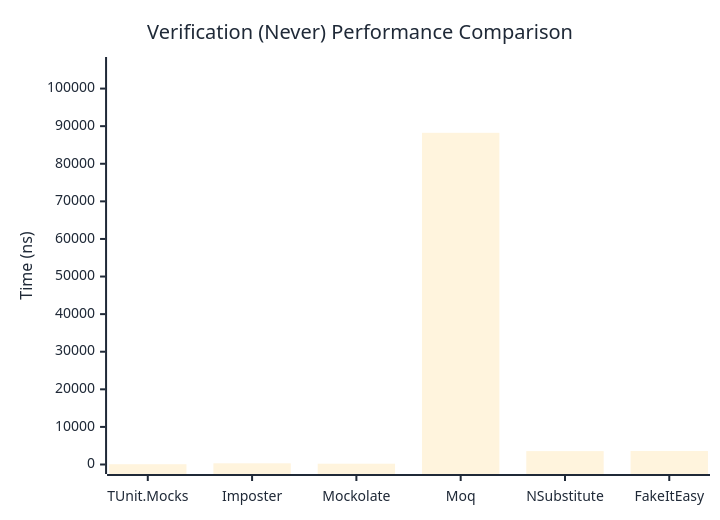
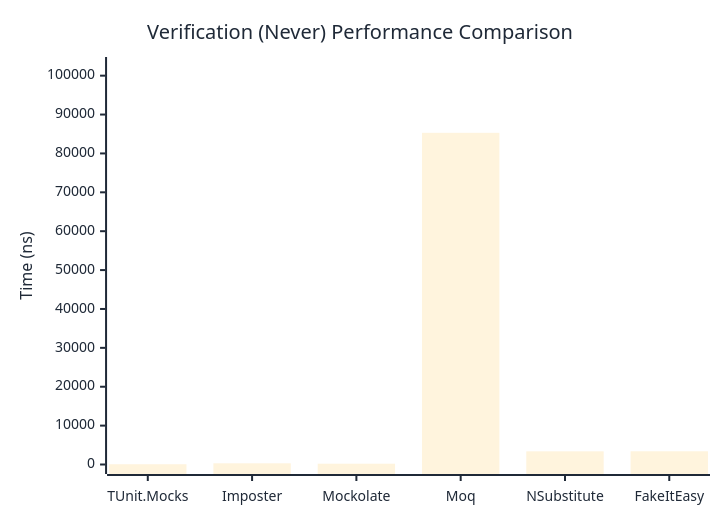
Before and after one commit to thomhurst/TUnit: the second of 3 diagrams in docs/docs/benchmarks/mocks/Verification.md, drawn with Mermaid. The commit also changed other lines of this file and 13 other files, not shown here.

````diff
--- a/docs/docs/benchmarks/mocks/Verification.md
+++ b/docs/docs/benchmarks/mocks/Verification.md
@@ -69,27 +69,27 @@
 ```mermaid
 %%{init: {
   'theme':'base',
   'themeVariables': {
     'primaryColor': '#2563eb',
     'primaryTextColor': '#1f2937',
     'primaryBorderColor': '#1e40af',
     'lineColor': '#6b7280',
     'secondaryColor': '#7c3aed',
     'tertiaryColor': '#dc2626',
     'background': '#ffffff',
     'pie1': '#2563eb',
     'pie2': '#7c3aed',
     'pie3': '#dc2626',
     'pie4': '#f59e0b',
     'pie5': '#10b981',
     'pie6': '#06b6d4',
     'pie7': '#ec4899',
     'pie8': '#6366f1'
   }
 }}%%
 xychart-beta
   title "Verification (Never) Performance Comparison"
   x-axis ["TUnit.Mocks", "Imposter", "Mockolate", "Moq", "NSubstitute", "FakeItEasy"]
-  y-axis "Time (ns)" 0 --> 105873
-  bar [71.42, 315.24, 208.51, 88227.46, 3563.2, 3598.38]
+  y-axis "Time (ns)" 0 --> 102357
+  bar [68.57, 310.82, 203.53, 85297.43, 3387.13, 3403.87]
 ```
````
